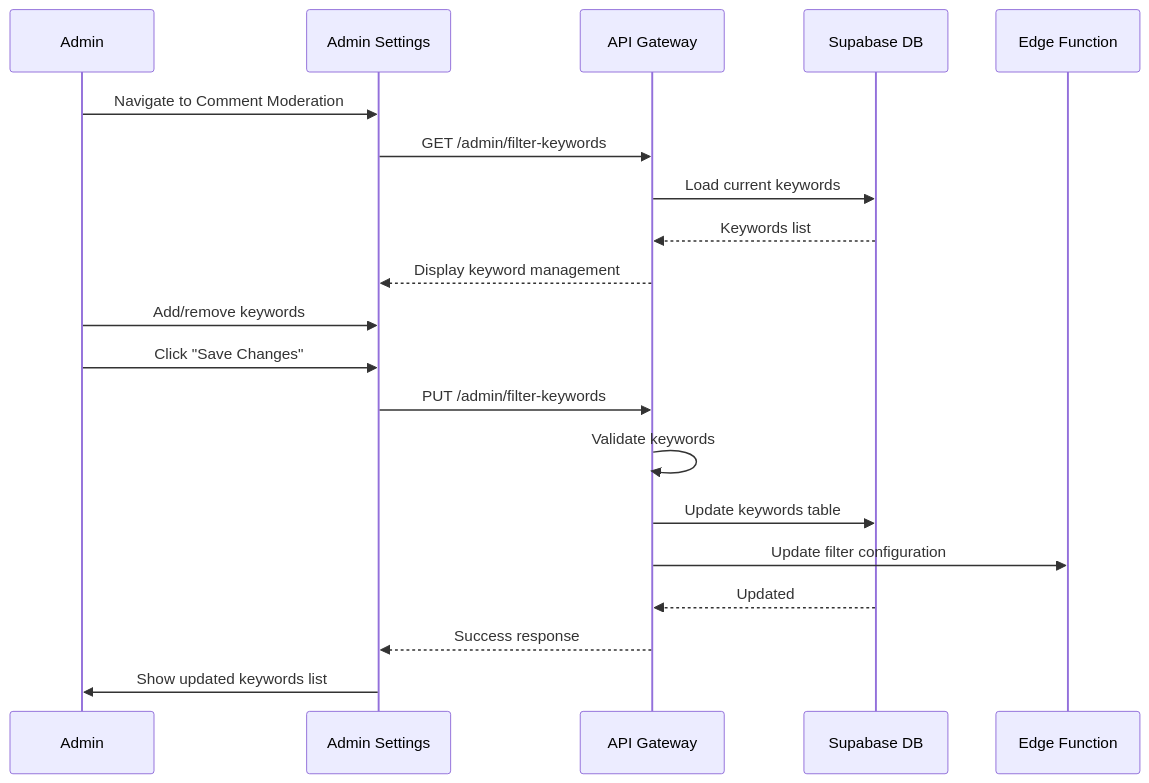
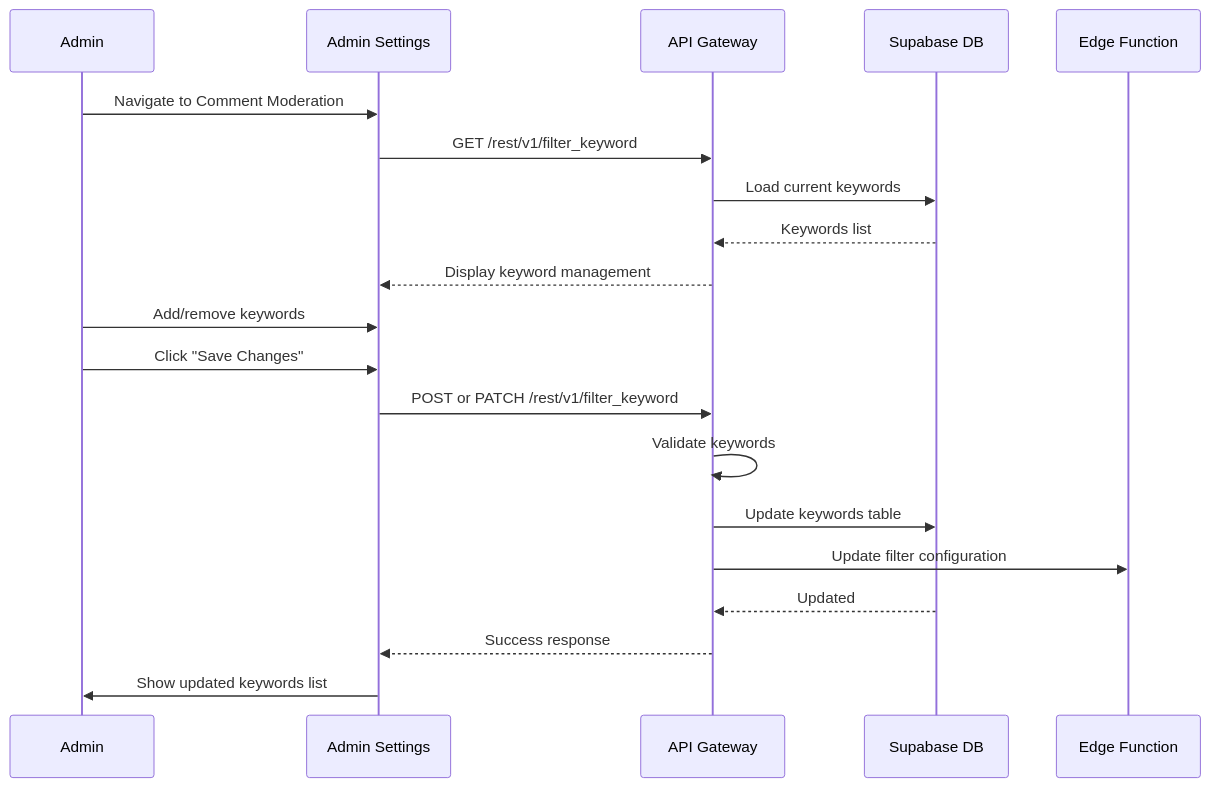
The fourth of 6 diagrams in prd/05-comment-management.md (jkjan/nowhereland), drawn with Mermaid before and after one commit. The commit also changed other lines of this file and 18 other files, not shown here.

````diff
--- a/prd/05-comment-management.md
+++ b/prd/05-comment-management.md
@@ -298,24 +283,24 @@
 ```mermaid
 sequenceDiagram
     participant A as Admin
     participant UI as Admin Settings
     participant API as API Gateway
     participant DB as Supabase DB
     participant EDGE as Edge Function
     
     A->>UI: Navigate to Comment Moderation
-    UI->>API: GET /admin/filter-keywords
+    UI->>API: GET /rest/v1/filter_keyword
     API->>DB: Load current keywords
     DB-->>API: Keywords list
     API-->>UI: Display keyword management
     
     A->>UI: Add/remove keywords
     A->>UI: Click "Save Changes"
-    UI->>API: PUT /admin/filter-keywords
+    UI->>API: POST or PATCH /rest/v1/filter_keyword
     API->>API: Validate keywords
     API->>DB: Update keywords table
     API->>EDGE: Update filter configuration
     DB-->>API: Updated
     API-->>UI: Success response
     UI->>A: Show updated keywords list
 ```
````
